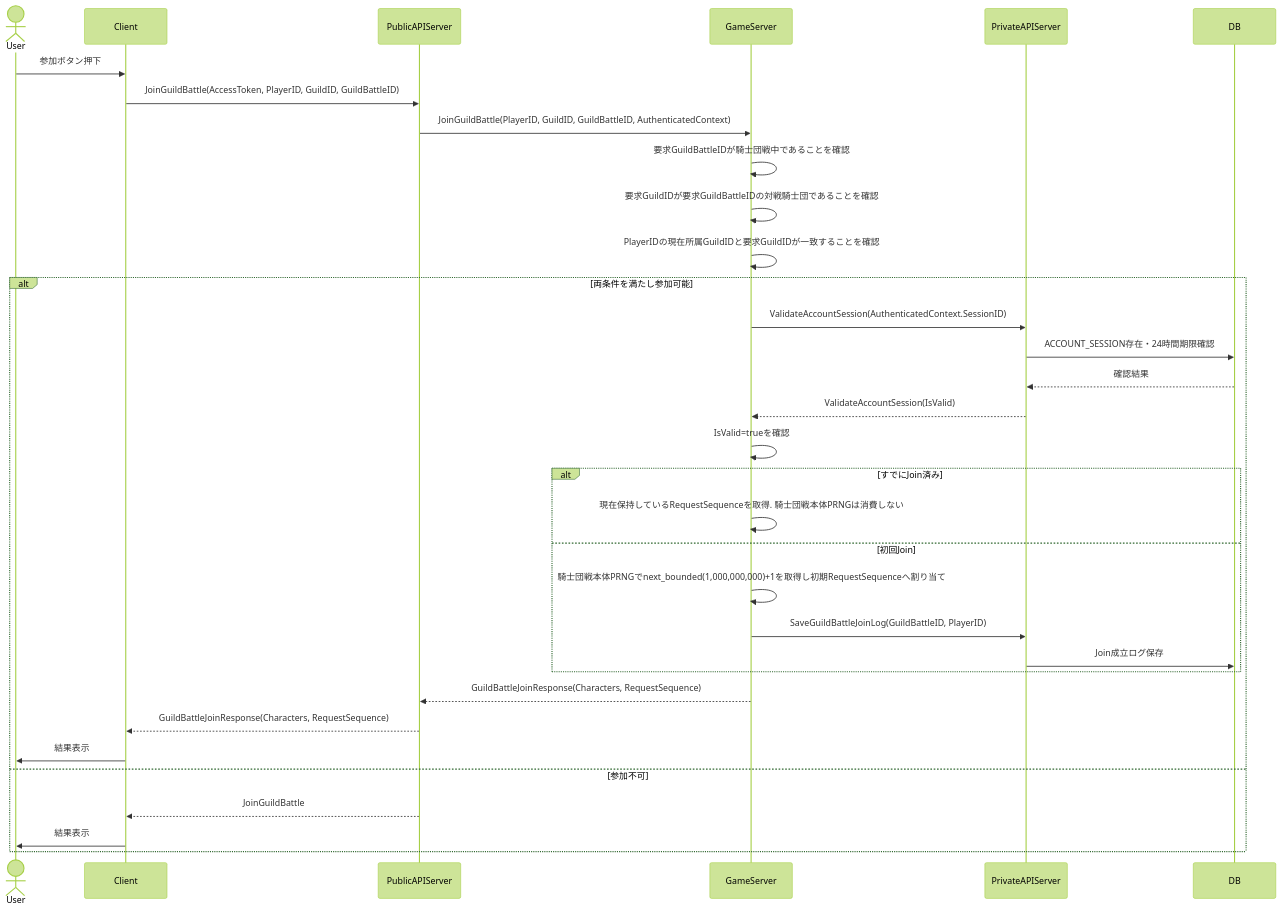
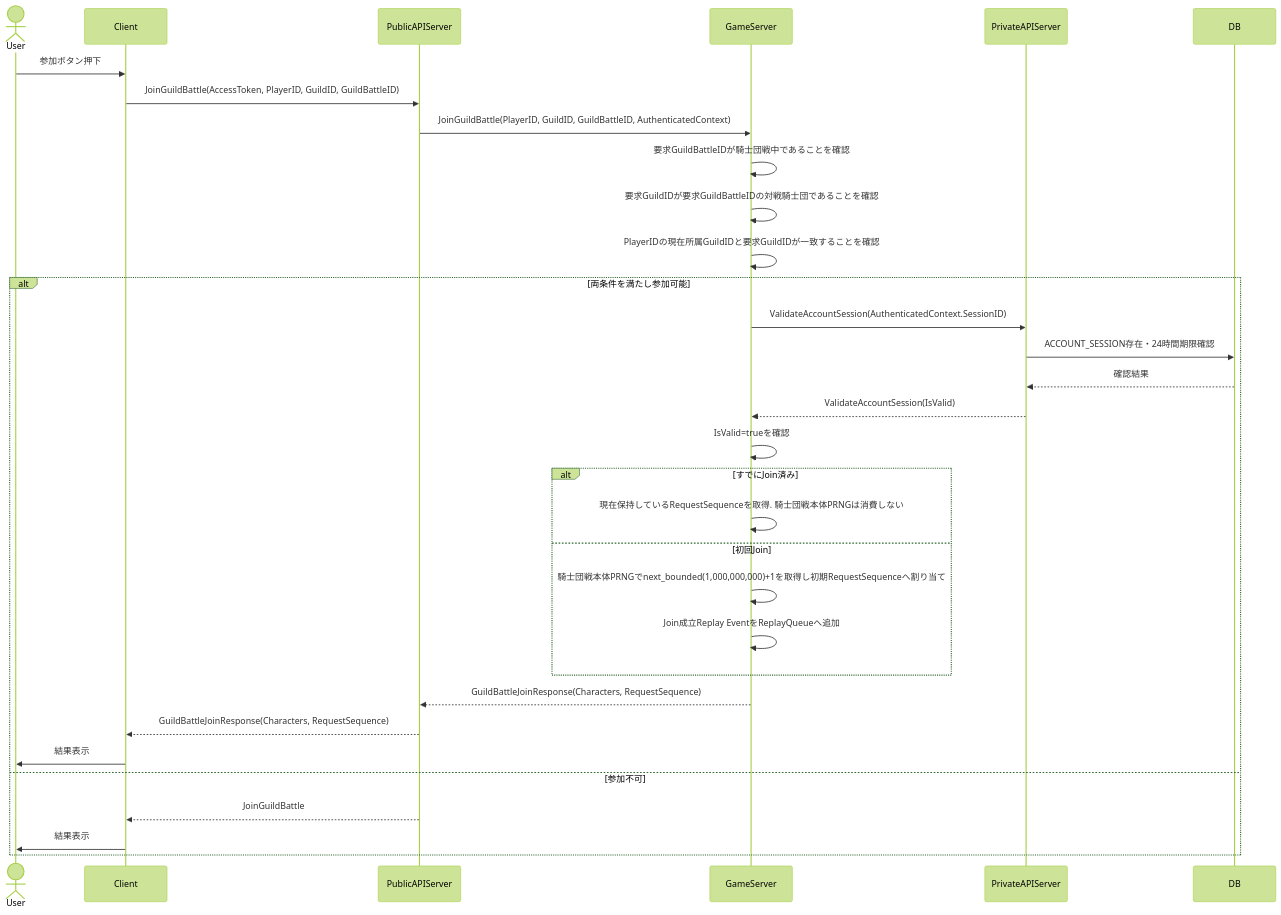
Before and after one commit to ReHydrangeaOdyssey/Specifications: the fifth of 16 diagrams in design/guild_battle.md, drawn with Mermaid (forest theme). The commit also changed other lines of this file and 5 other files, not shown here.

````diff
--- a/design/guild_battle.md
+++ b/design/guild_battle.md
@@ -141,38 +141,37 @@
 ```mermaid
 sequenceDiagram
     actor User
     participant Client
     participant PublicAPIServer
     participant GameServer
     participant PrivateAPIServer
     participant DB
 
     User ->> Client: 参加ボタン押下
     Client ->> PublicAPIServer: JoinGuildBattle(AccessToken, PlayerID, GuildID, GuildBattleID)
     PublicAPIServer ->> GameServer: JoinGuildBattle(PlayerID, GuildID, GuildBattleID, AuthenticatedContext)
     GameServer ->> GameServer: 要求GuildBattleIDが騎士団戦中であることを確認
     GameServer ->> GameServer: 要求GuildIDが要求GuildBattleIDの対戦騎士団であることを確認
     GameServer ->> GameServer: PlayerIDの現在所属GuildIDと要求GuildIDが一致することを確認
 
     alt 両条件を満たし参加可能
         GameServer ->> PrivateAPIServer: ValidateAccountSession(AuthenticatedContext.SessionID)
         PrivateAPIServer ->> DB: ACCOUNT_SESSION存在・24時間期限確認
         DB -->> PrivateAPIServer: 確認結果
         PrivateAPIServer -->> GameServer: ValidateAccountSession(IsValid)
         GameServer->>GameServer: IsValid=trueを確認
         alt すでにJoin済み
             GameServer->>GameServer: 現在保持しているRequestSequenceを取得. 騎士団戦本体PRNGは消費しない
         else 初回Join
             GameServer->>GameServer: 騎士団戦本体PRNGでnext_bounded(1,000,000,000)+1を取得し初期RequestSequenceへ割り当て
-            GameServer->>PrivateAPIServer: SaveGuildBattleJoinLog(GuildBattleID, PlayerID)
-            PrivateAPIServer->>DB: Join成立ログ保存
+            GameServer->>GameServer: Join成立Replay EventをReplayQueueへ追加
         end
         GameServer -->> PublicAPIServer: GuildBattleJoinResponse(Characters, RequestSequence)
         PublicAPIServer -->> Client: GuildBattleJoinResponse(Characters, RequestSequence)
         Client ->> User: 結果表示
     else 参加不可
         PublicAPIServer -->> Client: JoinGuildBattle
         Client ->> User: 結果表示
     end
 
 ```
````
